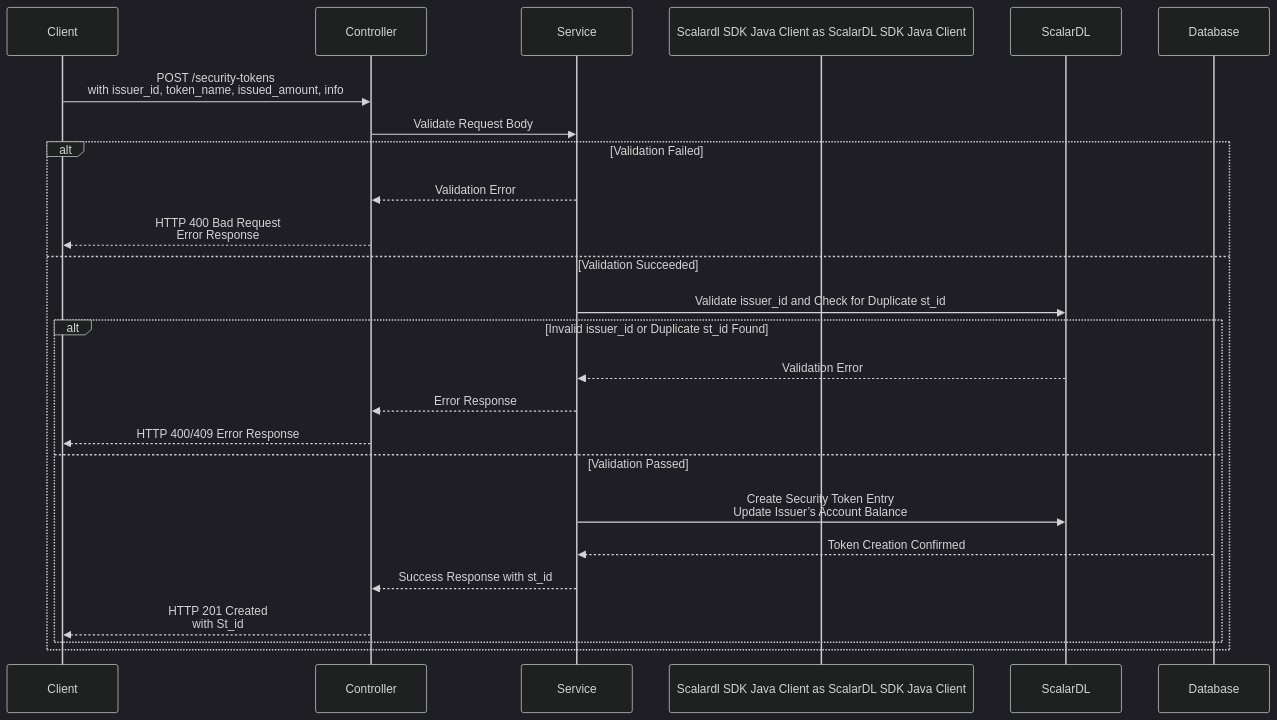
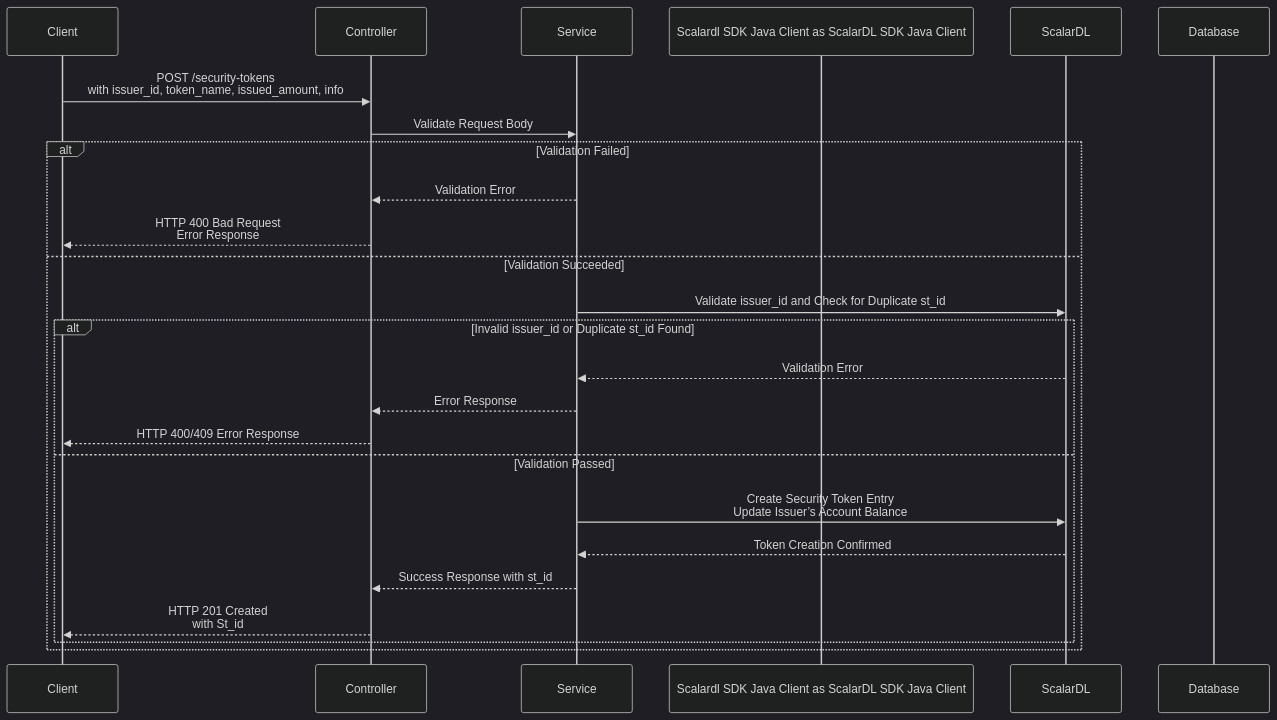
The diagram in new_create_security_token.md (MayuriSutar12/protocol_8_api_doc), drawn with Mermaid (dark theme) before and after one commit.

````diff
--- a/new_create_security_token.md
+++ b/new_create_security_token.md
@@ -2,28 +2,28 @@
 ```mermaid
 sequenceDiagram
     participant Client as Client
     participant Controller as Controller
     participant Service as Service
     participant Scalardl SDK Java Client as ScalarDL SDK Java Client 
     participant Scalardl as ScalarDL
     participant Database as Database
 
     Client ->> Controller: POST /security-tokens<br/>with issuer_id, token_name, issued_amount, info
     Controller ->> Service: Validate Request Body
     alt Validation Failed
         Service -->> Controller: Validation Error
         Controller -->> Client: HTTP 400 Bad Request<br/>Error Response
     else Validation Succeeded
         Service ->> Scalardl: Validate issuer_id and Check for Duplicate st_id
         alt Invalid issuer_id or Duplicate st_id Found
             Scalardl -->> Service: Validation Error
             Service -->> Controller: Error Response
             Controller -->> Client: HTTP 400/409 Error Response
         else Validation Passed
             Service ->> Scalardl: Create Security Token Entry<br/>Update Issuer’s Account Balance
-            Database -->> Service: Token Creation Confirmed
+            Scalardl -->> Service: Token Creation Confirmed
             Service -->> Controller: Success Response with st_id
             Controller -->> Client: HTTP 201 Created<br/>with St_id
         end
     end
 ```
````
